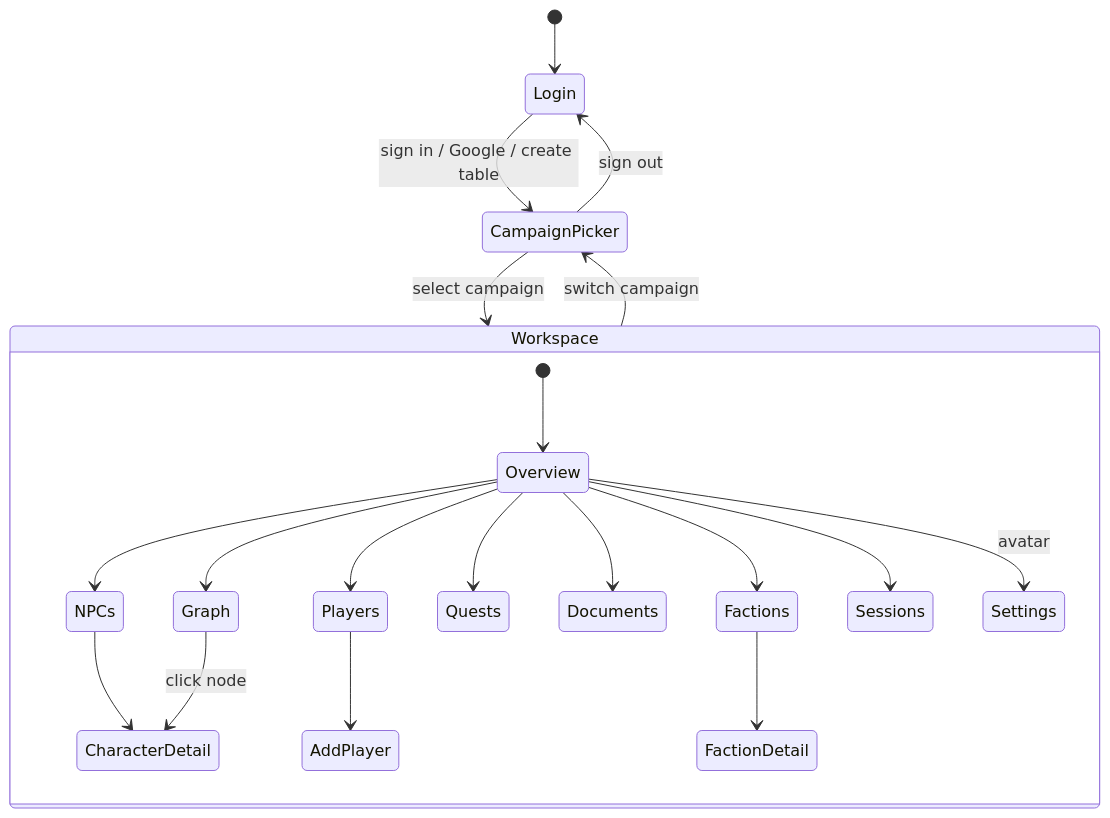
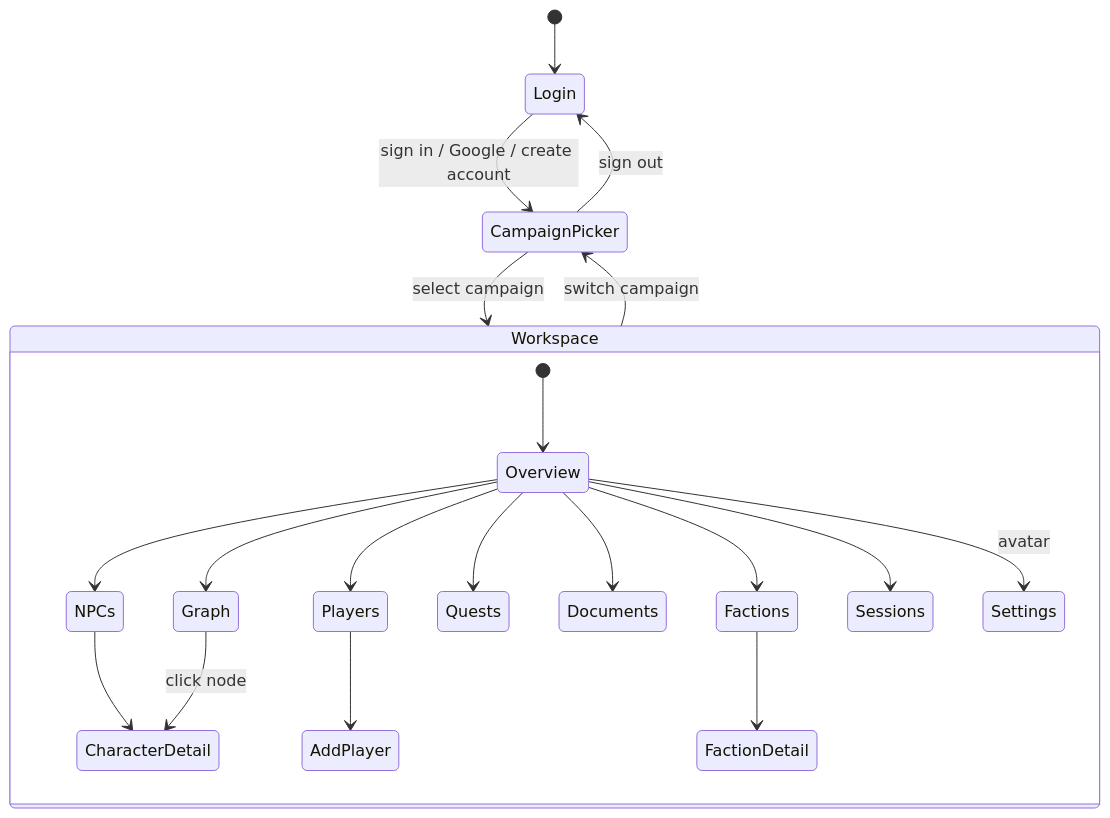
One commit to PiotrMieszczak/Quillbert changed the diagram in docs/design/overview.md. Above: the diagram before and after it, drawn with Mermaid. The commit also changed other lines of this file and 3 other files, not shown here.

````diff
--- a/docs/design/overview.md
+++ b/docs/design/overview.md
@@ -37,24 +37,24 @@
 ```mermaid
 stateDiagram-v2
     [*] --> Login
-    Login --> CampaignPicker: sign in / Google / create table
+    Login --> CampaignPicker: sign in / Google / create account
     CampaignPicker --> Login: sign out
     CampaignPicker --> Workspace: select campaign
     Workspace --> CampaignPicker: switch campaign
 
     state Workspace {
         [*] --> Overview
         Overview --> NPCs
         NPCs --> CharacterDetail
         Overview --> Players
         Players --> AddPlayer
         Overview --> Factions
         Factions --> FactionDetail
         Overview --> Quests
         Overview --> Documents
         Overview --> Graph
         Graph --> CharacterDetail: click node
         Overview --> Sessions
         Overview --> Settings: avatar
     }
 ```
````
